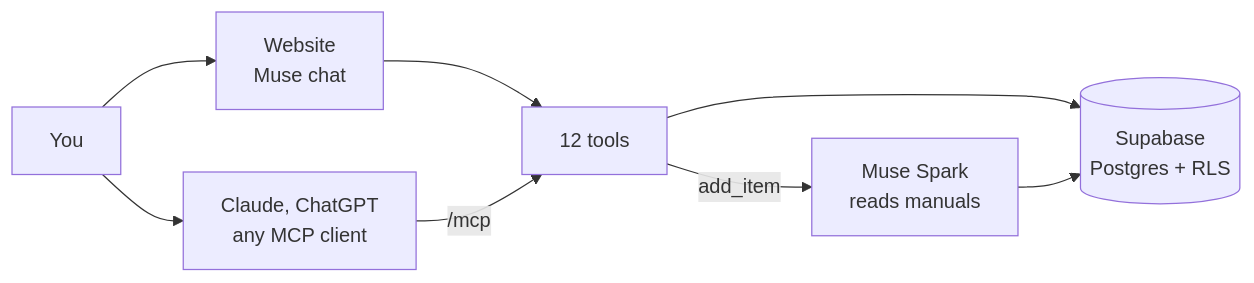
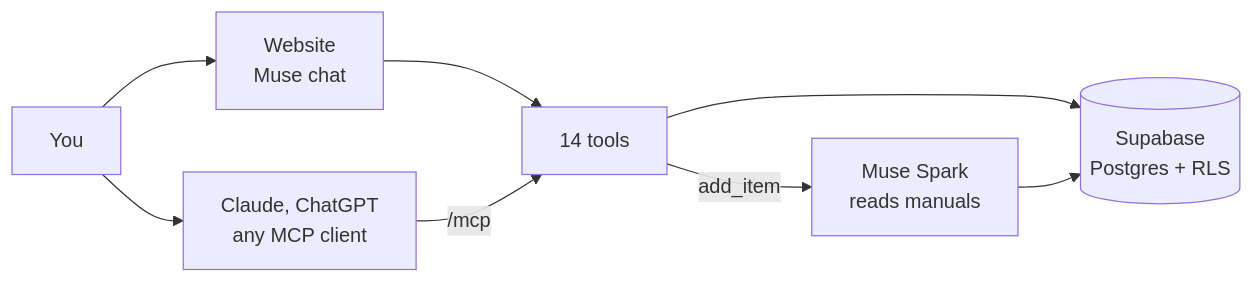
One commit to lperezmo/manuals-mcp changed the diagram in README.md. Above: the diagram before and after it, drawn with Mermaid. The commit also changed other lines of this file and 16 other files, not shown here.

````diff
--- a/README.md
+++ b/README.md
@@ -14,10 +14,10 @@
 ```mermaid
 flowchart LR
   you["You"] --> site["Website\nMuse chat"]
   you --> ai["Claude, ChatGPT\nany MCP client"]
-  site --> tools["12 tools"]
+  site --> tools["14 tools"]
   ai -- "/mcp" --> tools
   tools --> db[("Supabase\nPostgres + RLS")]
   tools -- "add_item" --> muse["Muse Spark\nreads manuals"]
   muse --> db
 ```
````
